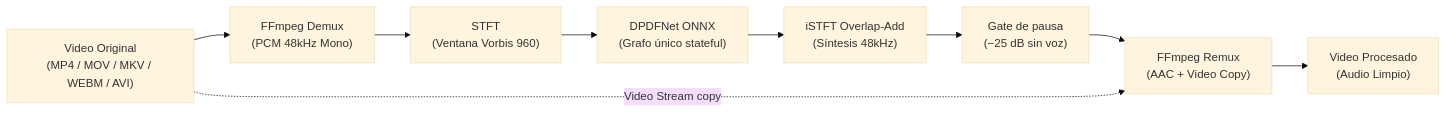
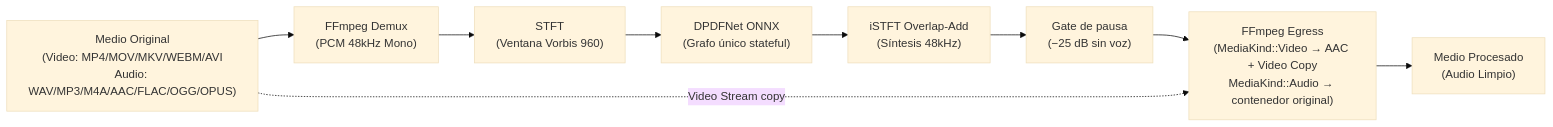
Before and after one commit to CristianRojas-SoftwareEngineer/Denoise: the diagram in README.md, drawn with Mermaid (base theme). The commit also changed other lines of this file and 14 other files, not shown here.

First line of the commit message:
feat(media): soporte nativo de audio y refactor del pipeline de medios

````diff
--- a/README.md
+++ b/README.md
@@ -277,11 +287,11 @@
 ```mermaid
 flowchart LR
-  A["Video Original<br/>(MP4 / MOV / MKV / WEBM / AVI)"] --> B["FFmpeg Demux<br/>(PCM 48kHz Mono)"]
+  A["Medio Original<br/>(Video: MP4/MOV/MKV/WEBM/AVI<br/>Audio: WAV/MP3/M4A/AAC/FLAC/OGG/OPUS)"] --> B["FFmpeg Demux<br/>(PCM 48kHz Mono)"]
  B --> C["STFT<br/>(Ventana Vorbis 960)"]
  C --> D["DPDFNet ONNX<br/>(Grafo único stateful)"]
  D --> E["iSTFT Overlap-Add<br/>(Síntesis 48kHz)"]
   E --> E2["Gate de pausa<br/>(−25 dB sin voz)"]
-  E2 --> F["FFmpeg Remux<br/>(AAC + Video Copy)"]
+  E2 --> F["FFmpeg Egress<br/>(MediaKind::Video → AAC + Video Copy<br/>MediaKind::Audio → contenedor original)"]
   A -.->|Video Stream copy| F
-  F --> G["Video Procesado<br/>(Audio Limpio)"]
+  F --> G["Medio Procesado<br/>(Audio Limpio)"]
 ```
````
